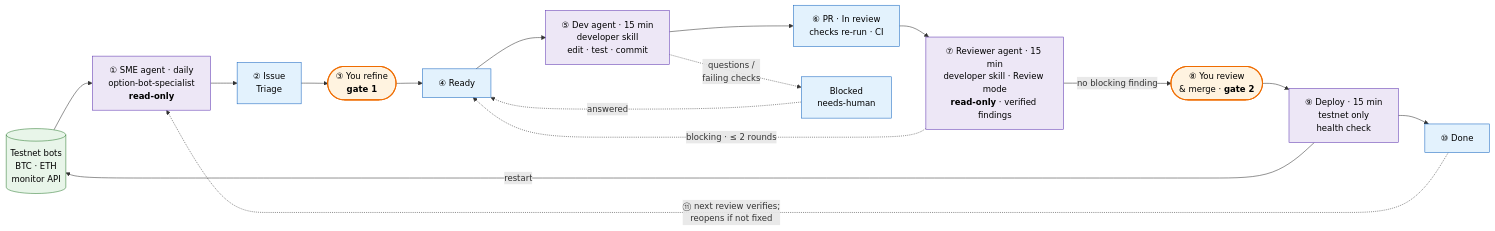
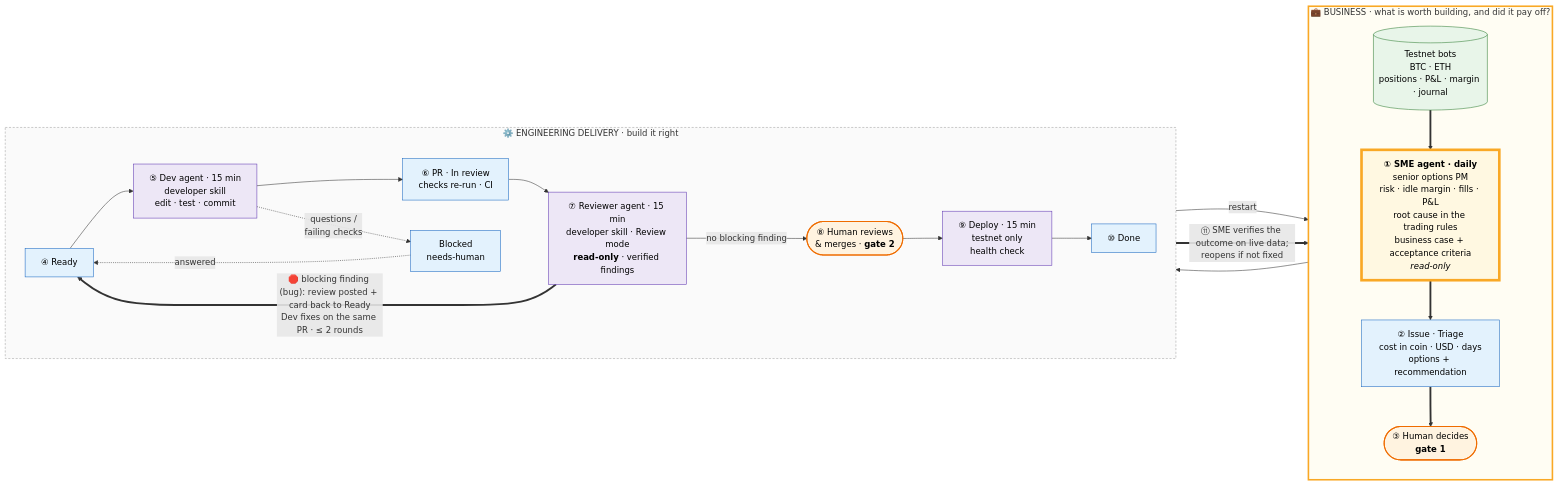
The diagram in docs/agentic_workflow.mmd (rchau73/optionsBot), drawn with Mermaid before and after one commit. The commit also changed 2 other files, not shown here.

Commit message:
AGENTIC.md: highlight the SME agent as the business step; 'human' wording
The SME agent finds the business problems worth solving and verifies the
outcome, so it gets its own section (what it does, why it matters, its
first run's 9 issues and outcomes) and a highlighted business zone in the
diagram. First-person and 'you' wording becomes 'the human'.

```diff
--- a/docs/agentic_workflow.mmd
+++ b/docs/agentic_workflow.mmd
@@ -1,28 +1,39 @@
 flowchart LR
-    BOTS[("Testnet bots<br/>BTC · ETH<br/>monitor API")]
-    SME["① SME agent · daily<br/>option-bot-specialist<br/><b>read-only</b>"]
-    TRI["② Issue<br/>Triage"]
-    H1(["③ You refine<br/><b>gate 1</b>"])
-    READY["④ Ready"]
-    DEV["⑤ Dev agent · 15 min<br/>developer skill<br/>edit · test · commit"]
-    PR["⑥ PR · In review<br/>checks re-run · CI"]
-    REV["⑦ Reviewer agent · 15 min<br/>developer skill · Review mode<br/><b>read-only</b> · verified findings"]
-    H2(["⑧ You review<br/>& merge · <b>gate 2</b>"])
-    DEP["⑨ Deploy · 15 min<br/>testnet only<br/>health check"]
-    DONE["⑩ Done"]
-    BLK["Blocked<br/>needs-human"]
+    subgraph BIZ["💼 BUSINESS · what is worth building, and did it pay off?"]
+        direction TB
+        BOTS[("Testnet bots<br/>BTC · ETH<br/>positions · P&L · margin · journal")]
+        SME["<b>① SME agent · daily</b><br/>senior options PM<br/>risk · idle margin · fills · P&L<br/>root cause in the trading rules<br/>business case + acceptance criteria<br/><i>read-only</i>"]
+        TRI["② Issue · Triage<br/>cost in coin · USD · days<br/>options + recommendation"]
+        H1(["③ Human decides<br/><b>gate 1</b>"])
+    end
 
-    BOTS --> SME --> TRI --> H1 --> READY --> DEV --> PR --> REV -->|no blocking finding| H2 --> DEP --> DONE
-    REV -.->|"blocking · ≤ 2 rounds"| READY
+    subgraph ENG["⚙️ ENGINEERING DELIVERY · build it right"]
+        direction LR
+        READY["④ Ready"]
+        DEV["⑤ Dev agent · 15 min<br/>developer skill<br/>edit · test · commit"]
+        PR["⑥ PR · In review<br/>checks re-run · CI"]
+        REV["⑦ Reviewer agent · 15 min<br/>developer skill · Review mode<br/><b>read-only</b> · verified findings"]
+        H2(["⑧ Human reviews<br/>& merges · <b>gate 2</b>"])
+        DEP["⑨ Deploy · 15 min<br/>testnet only<br/>health check"]
+        DONE["⑩ Done"]
+        BLK["Blocked<br/>needs-human"]
+    end
+
+    BOTS ==> SME ==> TRI ==> H1 --> READY --> DEV --> PR --> REV -->|no blocking finding| H2 --> DEP --> DONE
+    REV ==>|"🛑 blocking finding (bug): review posted + card back to Ready<br/>Dev fixes on the same PR · ≤ 2 rounds"| READY
     DEP -->|restart| BOTS
     DEV -.->|questions /<br/>failing checks| BLK -.->|answered| READY
-    DONE -.->|"⑪ next review verifies;<br/>reopens if not fixed"| SME
+    DONE ==>|"⑪ SME verifies the outcome on live data;<br/>reopens if not fixed"| SME
 
+    classDef sme fill:#fff8e1,stroke:#f9a825,color:#000,stroke-width:5px
     classDef agent fill:#ede7f6,stroke:#5e35b1,color:#000
     classDef human fill:#fff3e0,stroke:#ef6c00,color:#000,stroke-width:2px
     classDef gh fill:#e3f2fd,stroke:#1565c0,color:#000
     classDef run fill:#e8f5e9,stroke:#2e7d32,color:#000
-    class SME,DEV,REV,DEP agent
+    class SME sme
+    class DEV,REV,DEP agent
     class H1,H2 human
     class TRI,READY,PR,DONE,BLK gh
     class BOTS run
+    style BIZ fill:#fffdf3,stroke:#f9a825,stroke-width:3px
+    style ENG fill:#fafafa,stroke:#9e9e9e,stroke-width:1px,stroke-dasharray:4 3
```
